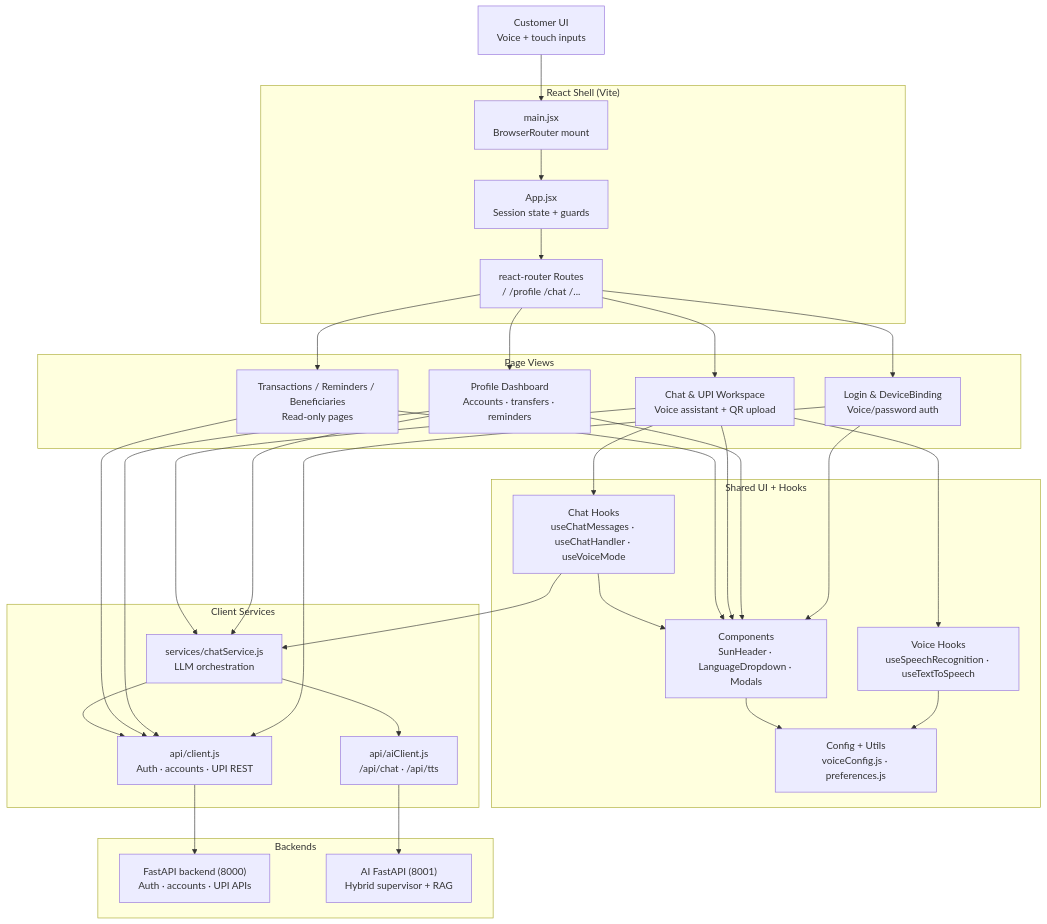
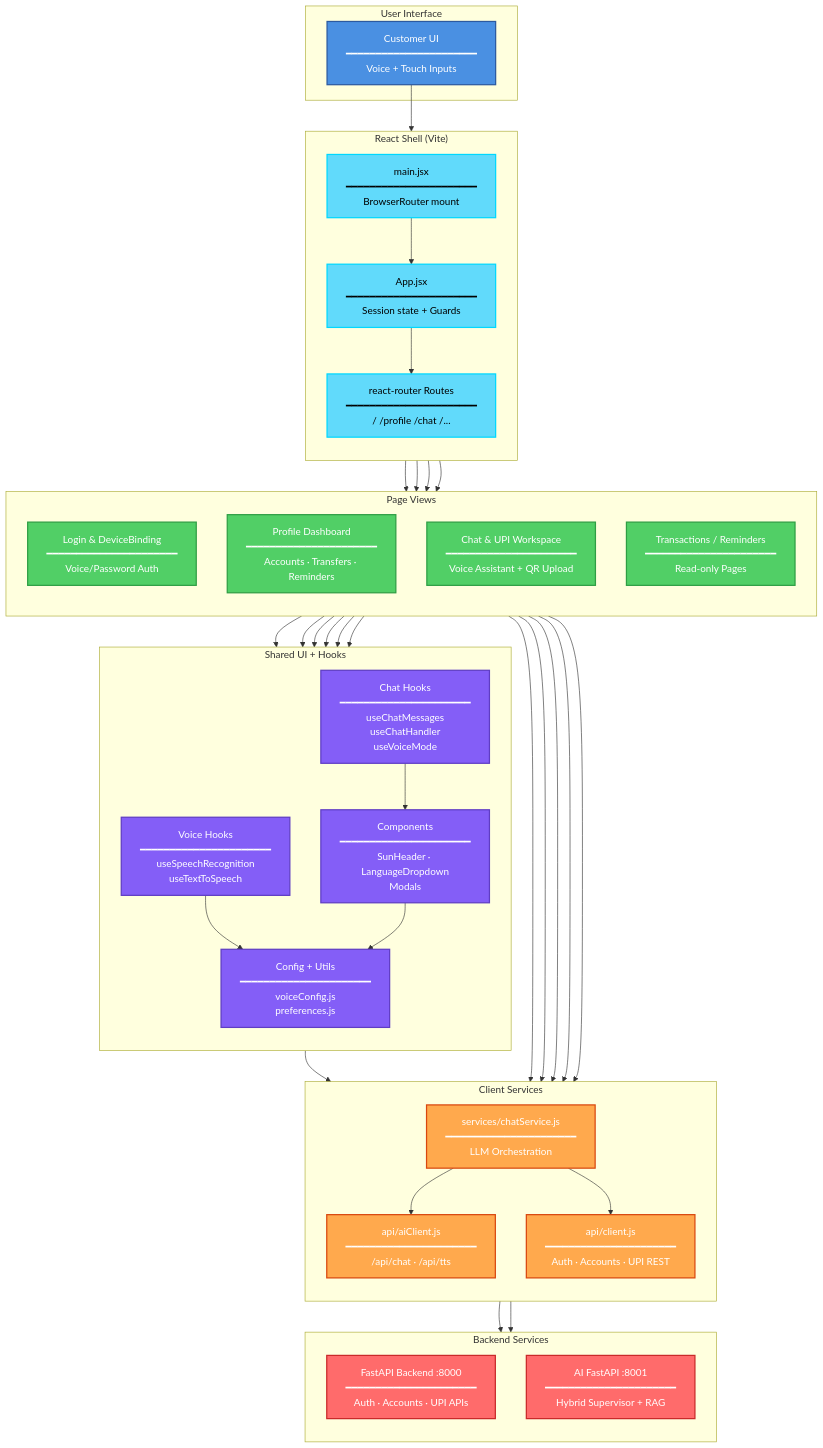
Before and after one commit to vardhanja/vaani-banking-voice-assistant: the diagram in documentation/frontend-architecture.mmd, drawn with Mermaid. The commit also changed 46 other files, not shown here.

First line of the commit message:
docs: remove old/obsolete documentation and update architecture docs for v0.10

```diff
--- a/documentation/frontend-architecture.mmd
+++ b/documentation/frontend-architecture.mmd
@@ -1,63 +1,103 @@
+%% Frontend Architecture - Clean and Aesthetic Design
 %% Mermaid diagram for the frontend module
-flowchart TD
-  user["Customer UI<br/>Voice + touch inputs"]
 
-  subgraph "React Shell (Vite)"
-    main["main.jsx<br/>BrowserRouter mount"]
-    app["App.jsx<br/>Session state + guards"]
-    routes["react-router Routes<br/>/ /profile /chat /..."]
-  end
+flowchart TB
+    %% User Layer
+    subgraph User["User Interface"]
+        user["Customer UI<br/>━━━━━━━━━━━━━━━━━━━━━━<br/>Voice + Touch Inputs"]
+    end
 
-  subgraph "Page Views"
-    login["Login & DeviceBinding<br/>Voice/password auth"]
-    profile["Profile Dashboard<br/>Accounts · transfers · reminders"]
-    chat["Chat & UPI Workspace<br/>Voice assistant + QR upload"]
-    misc["Transactions / Reminders / Beneficiaries<br/>Read-only pages"]
-  end
+    %% React Shell
+    subgraph ReactShell["React Shell (Vite)"]
+        direction TB
+        main["main.jsx<br/>━━━━━━━━━━━━━━━━━━━━━━<br/>BrowserRouter mount"]
+        app["App.jsx<br/>━━━━━━━━━━━━━━━━━━━━━━<br/>Session state + Guards"]
+        routes["react-router Routes<br/>━━━━━━━━━━━━━━━━━━━━━━<br/>/ /profile /chat /..."]
+        main --> app --> routes
+    end
 
-  subgraph "Shared UI + Hooks"
-    components["Components<br/>SunHeader · LanguageDropdown · Modals"]
-    voiceHooks["Voice Hooks<br/>useSpeechRecognition · useTextToSpeech"]
-    chatHooks["Chat Hooks<br/>useChatMessages · useChatHandler · useVoiceMode"]
-    configUtils["Config + Utils<br/>voiceConfig.js · preferences.js"]
-  end
+    %% Page Views
+    subgraph Pages["Page Views"]
+        direction TB
+        login["Login & DeviceBinding<br/>━━━━━━━━━━━━━━━━━━━━━━<br/>Voice/Password Auth"]
+        profile["Profile Dashboard<br/>━━━━━━━━━━━━━━━━━━━━━━<br/>Accounts · Transfers · Reminders"]
+        chat["Chat & UPI Workspace<br/>━━━━━━━━━━━━━━━━━━━━━━<br/>Voice Assistant + QR Upload"]
+        misc["Transactions / Reminders<br/>━━━━━━━━━━━━━━━━━━━━━━<br/>Read-only Pages"]
+    end
 
-  subgraph "Client Services"
-    chatService["services/chatService.js<br/>LLM orchestration"]
-    restClient["api/client.js<br/>Auth · accounts · UPI REST"]
-    aiClient["api/aiClient.js<br/>/api/chat · /api/tts"]
-  end
+    %% Shared UI Components
+    subgraph SharedUI["Shared UI + Hooks"]
+        direction TB
+        components["Components<br/>━━━━━━━━━━━━━━━━━━━━━━<br/>SunHeader · LanguageDropdown<br/>Modals"]
+        voiceHooks["Voice Hooks<br/>━━━━━━━━━━━━━━━━━━━━━━<br/>useSpeechRecognition<br/>useTextToSpeech"]
+        chatHooks["Chat Hooks<br/>━━━━━━━━━━━━━━━━━━━━━━<br/>useChatMessages<br/>useChatHandler<br/>useVoiceMode"]
+        configUtils["Config + Utils<br/>━━━━━━━━━━━━━━━━━━━━━━<br/>voiceConfig.js<br/>preferences.js"]
+    end
 
-  subgraph "Backends"
-    backend["FastAPI backend (8000)<br/>Auth · accounts · UPI APIs"]
-    aiBackend["AI FastAPI (8001)<br/>Hybrid supervisor + RAG"]
-  end
+    %% Client Services
+    subgraph ClientServices["Client Services"]
+        direction TB
+        chatService["services/chatService.js<br/>━━━━━━━━━━━━━━━━━━━━━━<br/>LLM Orchestration"]
+        restClient["api/client.js<br/>━━━━━━━━━━━━━━━━━━━━━━<br/>Auth · Accounts · UPI REST"]
+        aiClient["api/aiClient.js<br/>━━━━━━━━━━━━━━━━━━━━━━<br/>/api/chat · /api/tts"]
+    end
 
-  user --> main --> app --> routes
-  routes --> login
-  routes --> profile
-  routes --> chat
-  routes --> misc
+    %% Backend Services
+    subgraph Backends["Backend Services"]
+        direction TB
+        backend["FastAPI Backend :8000<br/>━━━━━━━━━━━━━━━━━━━━━━<br/>Auth · Accounts · UPI APIs"]
+        aiBackend["AI FastAPI :8001<br/>━━━━━━━━━━━━━━━━━━━━━━<br/>Hybrid Supervisor + RAG"]
+    end
 
-  login --> components
-  profile --> components
-  chat --> components
-  misc --> components
+    %% User Flow
+    user --> main
 
-  login --> restClient
-  profile --> restClient
-  misc --> restClient
-  profile --> chatService
-  chat --> chatHooks
-  chat --> voiceHooks
-  chat --> chatService
-  chatHooks --> chatService
-  chatHooks --> components
+    %% Routing
+    routes --> login
+    routes --> profile
+    routes --> chat
+    routes --> misc
 
-  chatService --> aiClient
-  chatService --> restClient
-  restClient --> backend
-  aiClient --> aiBackend
+    %% Page to Components
+    login --> components
+    profile --> components
+    chat --> components
+    misc --> components
 
-  voiceHooks --> configUtils
-  components --> configUtils
+    %% Page to Services
+    login --> restClient
+    profile --> restClient
+    misc --> restClient
+    profile --> chatService
+    chat --> chatHooks
+    chat --> voiceHooks
+    chat --> chatService
+
+    %% Hooks to Services
+    chatHooks --> chatService
+    chatHooks --> components
+
+    %% Services to Backends
+    chatService --> aiClient
+    chatService --> restClient
+    restClient --> backend
+    aiClient --> aiBackend
+
+    %% Utils Usage
+    voiceHooks --> configUtils
+    components --> configUtils
+
+    %% Styling
+    classDef userStyle fill:#4a90e2,stroke:#2c5aa0,stroke-width:2px,color:#fff
+    classDef reactStyle fill:#61dafb,stroke:#00d8ff,stroke-width:2px,color:#000
+    classDef pageStyle fill:#51cf66,stroke:#2f9e44,stroke-width:2px,color:#fff
+    classDef uiStyle fill:#845ef7,stroke:#5f3dc4,stroke-width:2px,color:#fff
+    classDef serviceStyle fill:#ffa94d,stroke:#d9480f,stroke-width:2px,color:#fff
+    classDef backendStyle fill:#ff6b6b,stroke:#c92a2a,stroke-width:2px,color:#fff
+
+    class user userStyle
+    class main,app,routes reactStyle
+    class login,profile,chat,misc pageStyle
+    class components,voiceHooks,chatHooks,configUtils uiStyle
+    class chatService,restClient,aiClient serviceStyle
+    class backend,aiBackend backendStyle
```
